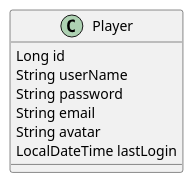
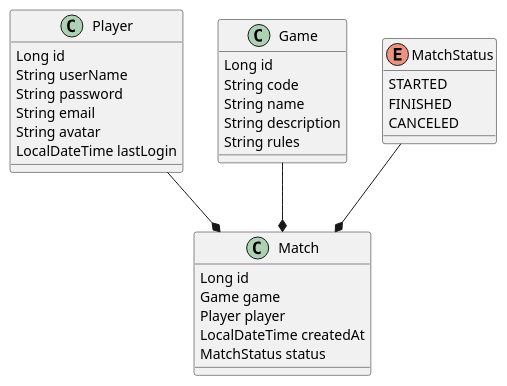
The diagram in docs/diagrams/model/model.puml (moliva177/myFirstSpringApiRest), drawn with PlantUML before and after one commit. The commit also changed 16 other files, not shown here.

```diff
--- a/docs/diagrams/model/model.puml
+++ b/docs/diagrams/model/model.puml
@@ -1,12 +1,38 @@
 @startuml
 
 class Player{
     Long id
     String userName
     String password
     String email
     String avatar
     LocalDateTime lastLogin
 }
 
+class Game {
+    Long id
+    String code
+    String name
+    String description
+    String rules
+}
+
+class Match {
+    Long id
+    Game game
+    Player player
+    LocalDateTime createdAt
+    MatchStatus status
+}
+
+enum MatchStatus {
+    STARTED
+    FINISHED
+    CANCELED
+}
+
+MatchStatus --* Match
+Game --* Match
+Player --* Match
+
 @enduml
```
